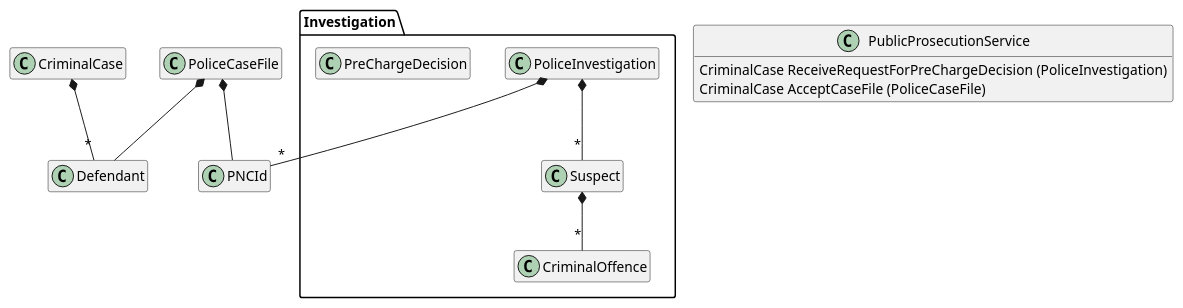
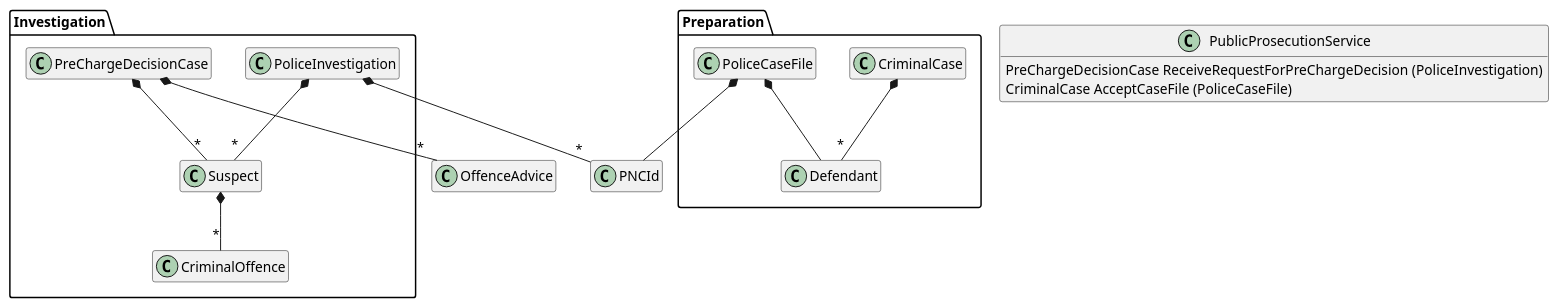
One commit to First-Steps-in-DDD-Community/first-steps-in-ddd-solutions-dotnet changed the diagram in docs/Domain-Model.puml. Above: the diagram before and after it, drawn with PlantUML.

Commit message:
Exercise 5 - DOCS - Update the diagram to show rename of PreChargeDecision to PreChargeDecisionCase, move of CriminalCase, Defendant and PoliceCaseFile to preparation package, change of signature of PublicProsecutionService.ReceiveRequestForPreChargeDecision, and removal of CriminalCase's suspect attribute

```diff
--- a/docs/Domain-Model.puml
+++ b/docs/Domain-Model.puml
@@ -1,50 +1,56 @@
 @startuml
 hide empty members
 hide empty methods
 
 package Investigation {
 
     class CriminalOffence {
     }
 
     class PoliceInvestigation {
     }
 
-    class PreChargeDecision {
+    class PreChargeDecisionCase {
     }
 
     class Suspect {
     }
 
 }
 
-class CriminalCase {
-}
+package Preparation {
+    class CriminalCase {
+    }
 
-class Defendant {
+    class Defendant {
+    }
+
+    class PoliceCaseFile {
+    }
 }
 
 class PNCId {
 }
 
-class PoliceCaseFile {
-}
-
 class PublicProsecutionService {
-    CriminalCase ReceiveRequestForPreChargeDecision (PoliceInvestigation)
+    PreChargeDecisionCase ReceiveRequestForPreChargeDecision (PoliceInvestigation)
     CriminalCase AcceptCaseFile (PoliceCaseFile)
 }
 
 Suspect *-- "*" CriminalOffence
 
 PoliceCaseFile *-- PNCId
 
 PoliceCaseFile *-- Defendant
 
 PoliceInvestigation *-- "*" Suspect
 
 PoliceInvestigation *-- "*" PNCId
 
+PreChargeDecisionCase *-- "*" Suspect
+
+PreChargeDecisionCase *-- "*" OffenceAdvice
+
 CriminalCase *-- "*" Defendant
 
 @enduml
```
